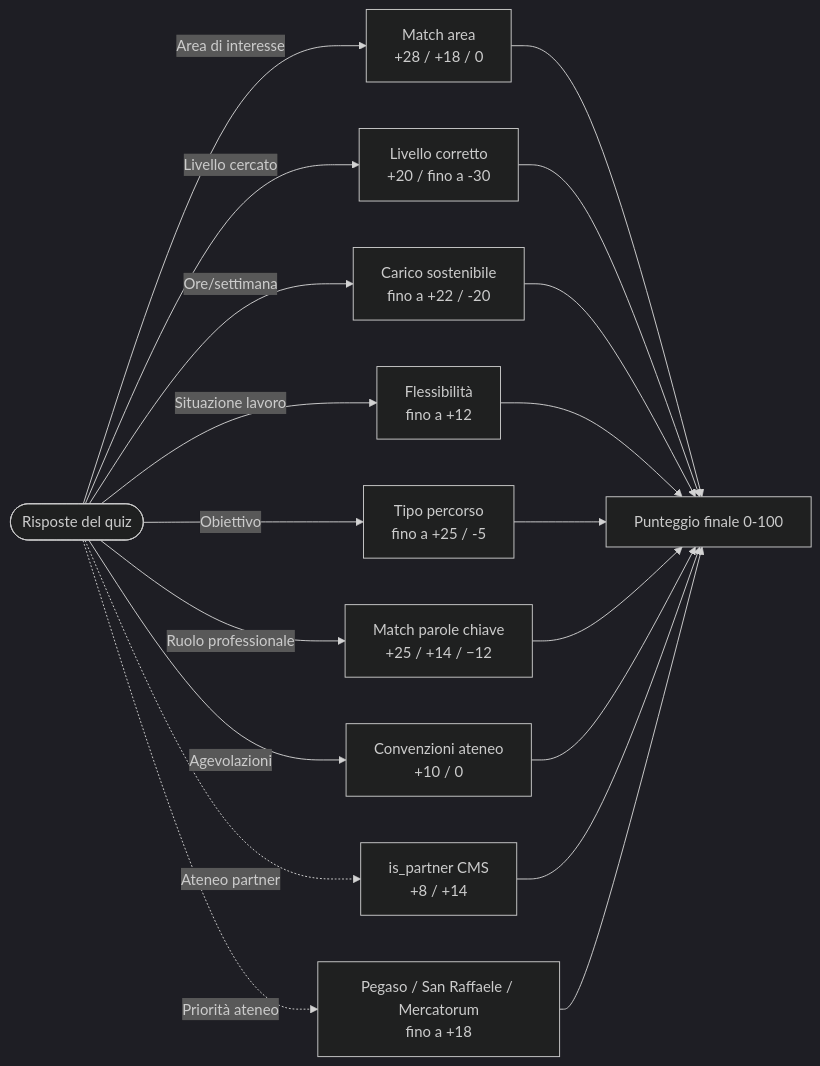
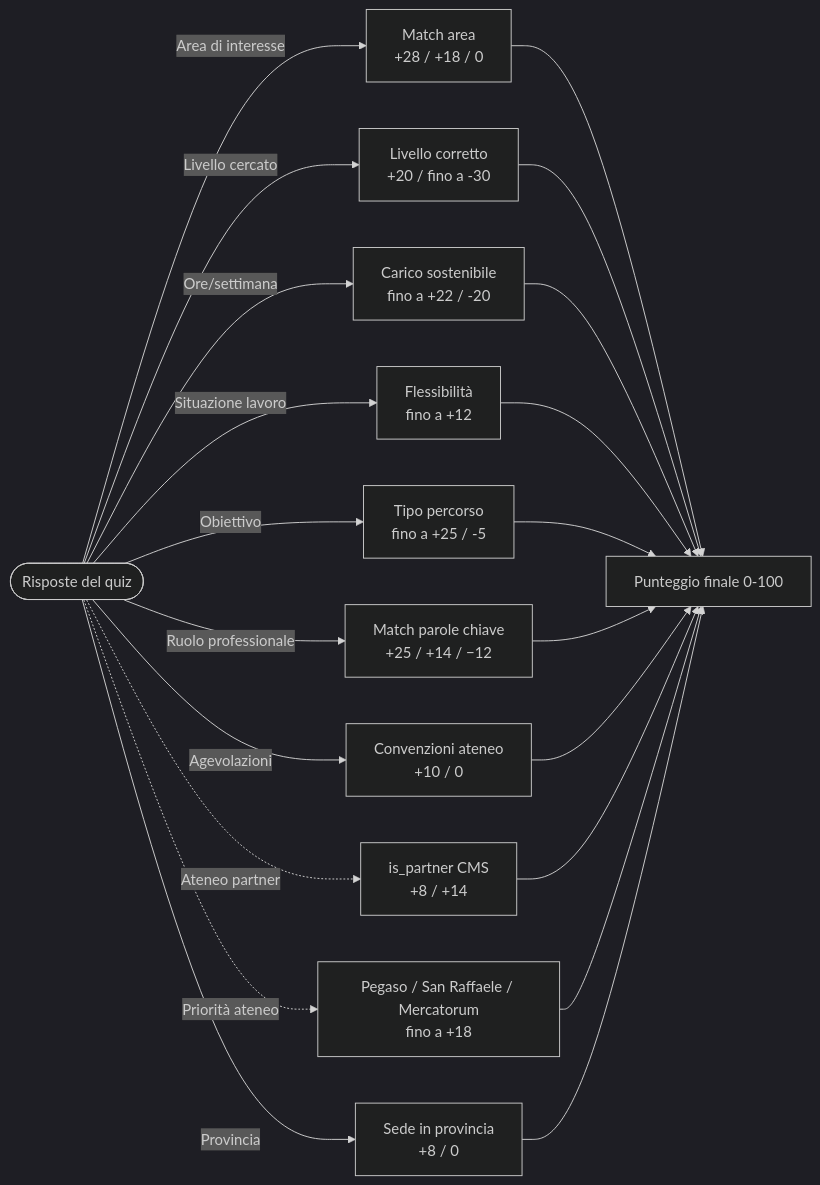
Before and after one commit to 247X-devs/laureasi-docs: the second of 2 diagrams in algoritmi/orientamento.mdx, drawn with Mermaid (dark theme). The commit also changed other lines of this file and 3 other files, not shown here.

````diff
--- a/algoritmi/orientamento.mdx
+++ b/algoritmi/orientamento.mdx
@@ -28,14 +28,15 @@
 ```mermaid
 flowchart LR
     Q(["Risposte del quiz"])
     Q -->|"Area di interesse"| C1["Match area\n+28 / +18 / 0"]
     Q -->|"Livello cercato"| C2["Livello corretto\n+20 / fino a -30"]
     Q -->|"Ore/settimana"| C4["Carico sostenibile\nfino a +22 / -20"]
     Q -->|"Situazione lavoro"| C5["Flessibilità\nfino a +12"]
     Q -->|"Obiettivo"| C6["Tipo percorso\nfino a +25 / -5"]
     Q -->|"Ruolo professionale"| C7["Match parole chiave\n+25 / +14 / −12"]
     Q -->|"Agevolazioni"| C8["Convenzioni ateneo\n+10 / 0"]
     Q -.->|"Ateneo partner"| C9["is_partner CMS\n+8 / +14"]
     Q -.->|"Priorità ateneo"| C10["Pegaso / San Raffaele / Mercatorum\nfino a +18"]
-    C1 & C2 & C4 & C5 & C6 & C7 & C8 & C9 & C10 --> TOTAL["Punteggio finale 0-100"]
+    Q -->|"Provincia"| C11["Sede in provincia\n+8 / 0"]
+    C1 & C2 & C4 & C5 & C6 & C7 & C8 & C9 & C10 & C11 --> TOTAL["Punteggio finale 0-100"]
 ```
````
